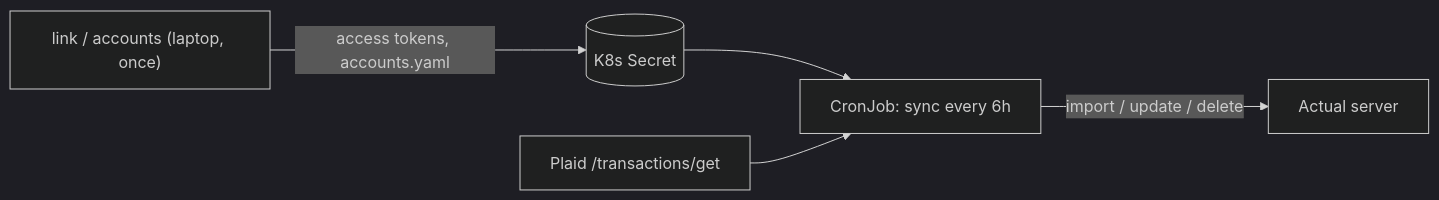
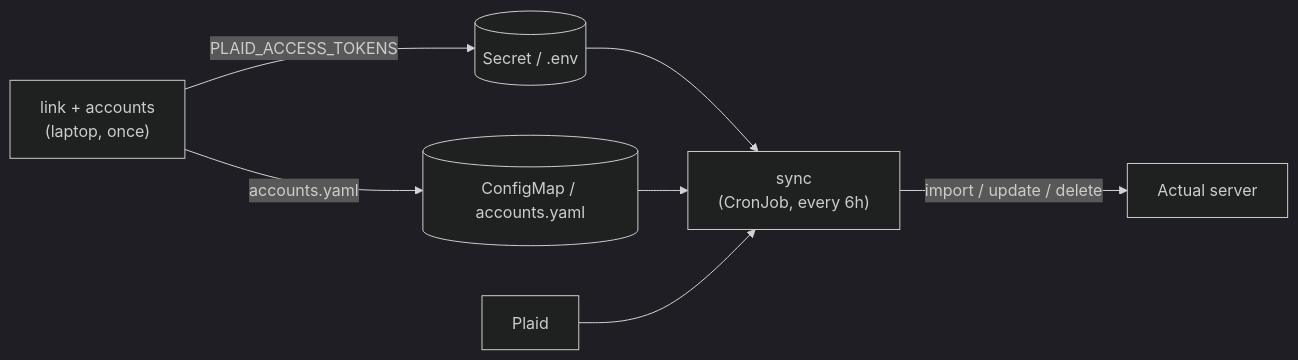
The diagram in README.md (msheiny/actual-plaid-sync), drawn with Mermaid (dark theme) before and after one commit. The commit also changed other lines of this file, not shown here.

````diff
--- a/README.md
+++ b/README.md
@@ -10,7 +21,9 @@
 ```mermaid
 flowchart LR
-  laptop["link / accounts (laptop, once)"] -->|access tokens, accounts.yaml| secret[(K8s Secret)]
-  secret --> cron["CronJob: sync every 6h"]
-  plaid[Plaid /transactions/get] --> cron
+  laptop["link + accounts<br/>(laptop, once)"] -->|PLAID_ACCESS_TOKENS| secret[(Secret / .env)]
+  laptop -->|accounts.yaml| file[(ConfigMap / accounts.yaml)]
+  secret --> cron["sync<br/>(CronJob, every 6h)"]
+  file --> cron
+  plaid[Plaid] --> cron
   cron -->|import / update / delete| actual[Actual server]
 ```
````
